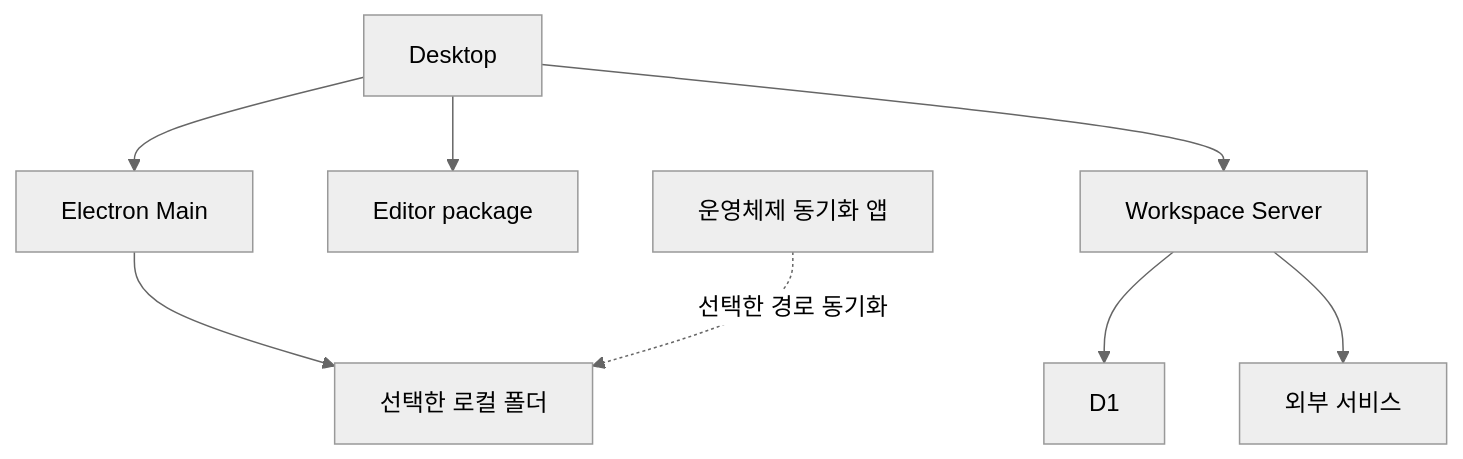
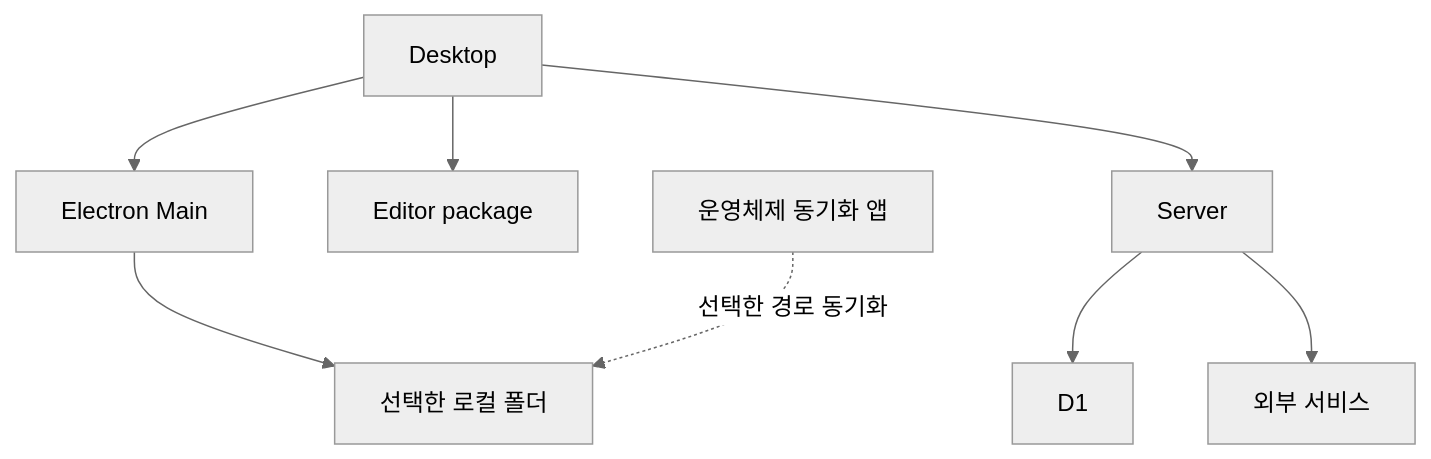
The diagram in docs/architecture/01-overview.md (lkh0310kr/workspace), drawn with Mermaid (neutral theme) before and after one commit. The commit also changed 35 other files, not shown here.

````diff
--- a/docs/architecture/01-overview.md
+++ b/docs/architecture/01-overview.md
@@ -15,10 +15,10 @@
 ```mermaid
 flowchart TB
   D[Desktop] --> M[Electron Main]
   M --> FS[선택한 로컬 폴더]
   D --> E[Editor package]
-  D --> S[Workspace Server]
+  D --> S[Server]
   S --> DB[D1]
   S --> P[외부 서비스]
   G[운영체제 동기화 앱] -. 선택한 경로 동기화 .-> FS
 ```
````
